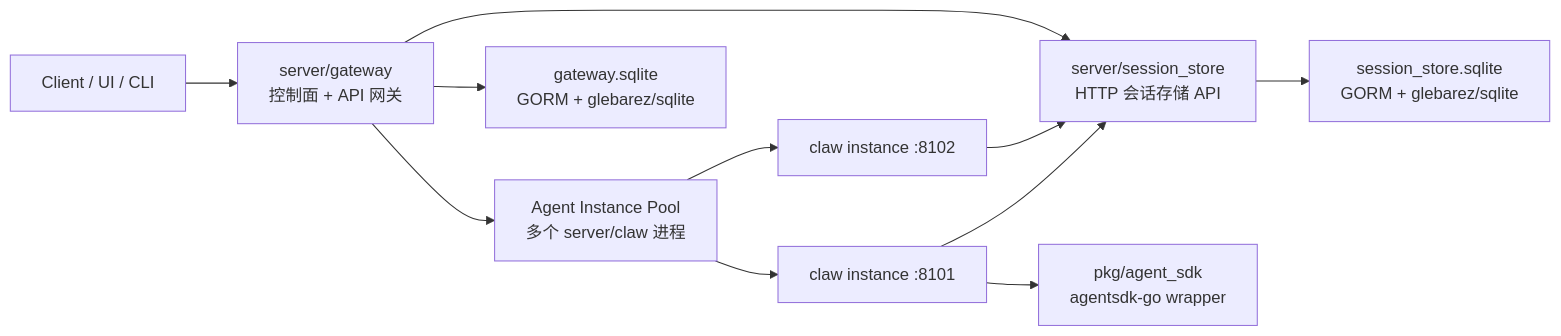
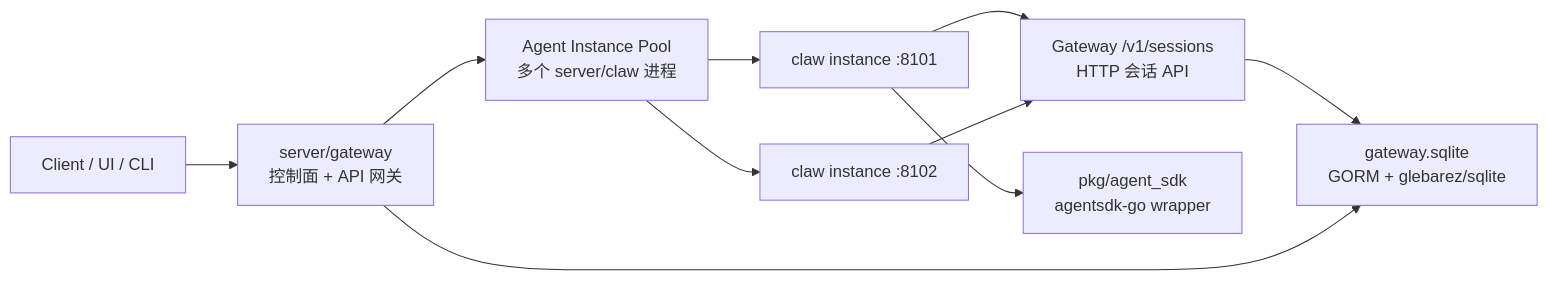
Before and after one commit to issueye/icoo_claw: the first of 5 diagrams in docs/ai-agent-platform/02-architecture.md, drawn with Mermaid. The commit also changed other lines of this file and 63 other files, not shown here.

````diff
--- a/docs/ai-agent-platform/02-architecture.md
+++ b/docs/ai-agent-platform/02-architecture.md
@@ -5,13 +5,12 @@
 ```mermaid
 flowchart LR
   Client["Client / UI / CLI"] --> GW["server/gateway\n控制面 + API 网关"]
   GW --> Pool["Agent Instance Pool\n多个 server/claw 进程"]
   Pool --> Claw1["claw instance :8101"]
   Pool --> Claw2["claw instance :8102"]
-  Claw1 --> SS["server/session_store\nHTTP 会话存储 API"]
-  Claw2 --> SS
-  GW --> SS
-  SS --> SSDB["session_store.sqlite\nGORM + glebarez/sqlite"]
-  GW --> GWDB["gateway.sqlite\nGORM + glebarez/sqlite"]
+  Claw1 --> GWSession["Gateway /v1/sessions\nHTTP 会话 API"]
+  Claw2 --> GWSession
+  GWSession --> GWDB["gateway.sqlite\nGORM + glebarez/sqlite"]
+  GW --> GWDB
   Claw1 --> SDK["pkg/agent_sdk\nagentsdk-go wrapper"]
 ```
````
